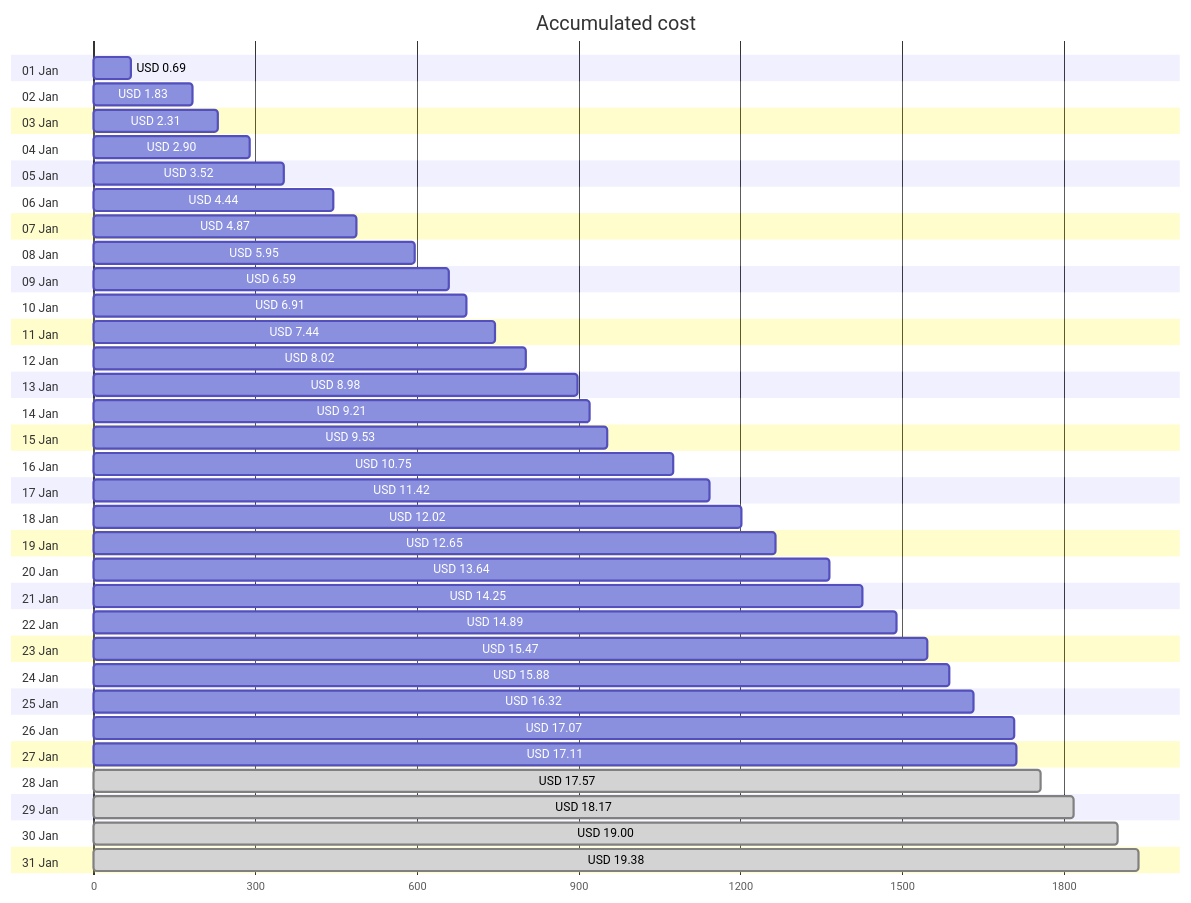
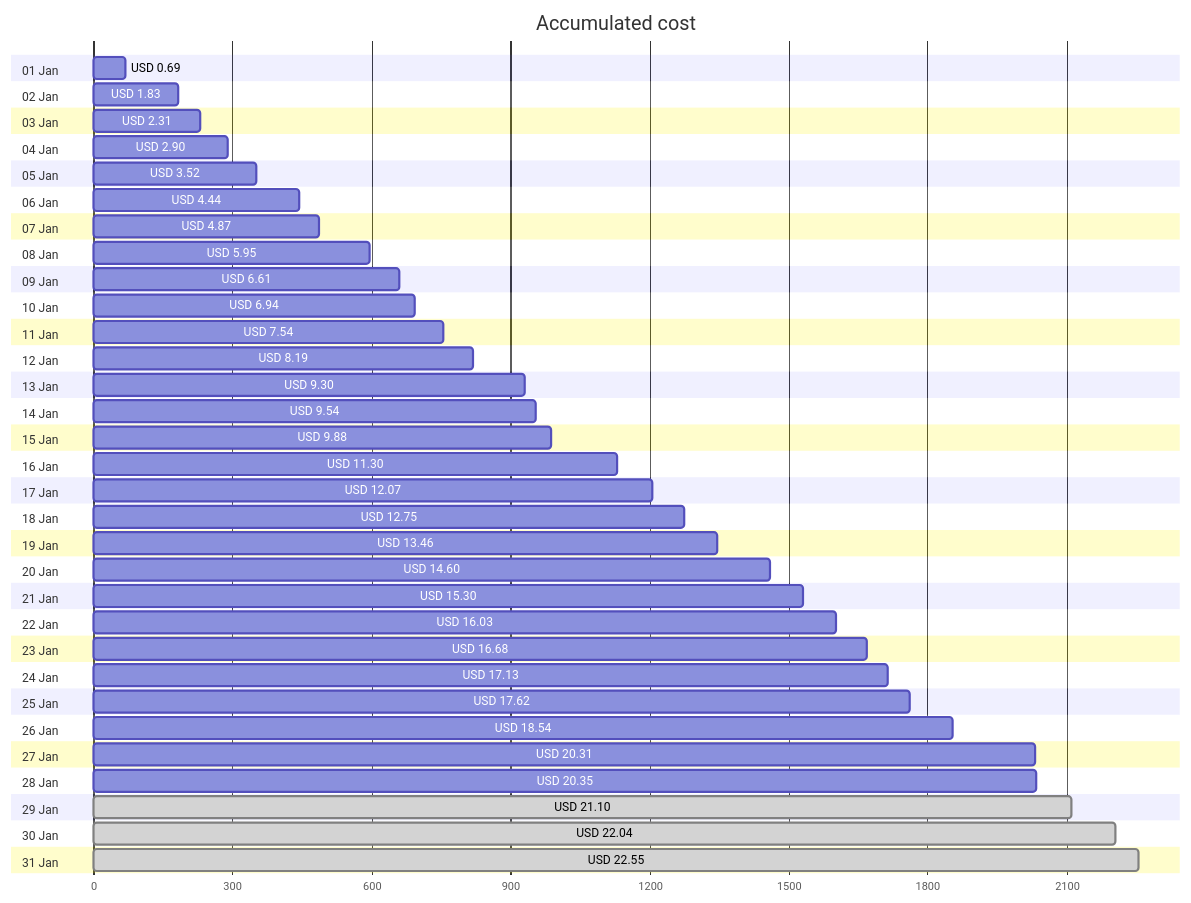
Before and after one commit to jpfulton/azure-personal-reports: the first of 4 diagrams in cost-reports/personal-network/vpn-server.md, drawn with Mermaid. The commit also changed other lines of this file and 8 other files, not shown here.

````diff
--- a/cost-reports/personal-network/vpn-server.md
+++ b/cost-reports/personal-network/vpn-server.md
@@ -20,68 +20,68 @@
 ```mermaid
 gantt
    title Accumulated cost
    dateFormat  X
    axisFormat %s
    section 01 Jan
    USD 0.69 :0, 69
    section 02 Jan
    USD 1.83 :0, 183
    section 03 Jan
    USD 2.31 :0, 231
    section 04 Jan
    USD 2.90 :0, 290
    section 05 Jan
    USD 3.52 :0, 352
    section 06 Jan
    USD 4.44 :0, 444
    section 07 Jan
    USD 4.87 :0, 487
    section 08 Jan
    USD 5.95 :0, 595
    section 09 Jan
-   USD 6.59 :0, 659
+   USD 6.61 :0, 661
    section 10 Jan
-   USD 6.91 :0, 691
+   USD 6.94 :0, 694
    section 11 Jan
-   USD 7.44 :0, 744
+   USD 7.54 :0, 754
    section 12 Jan
-   USD 8.02 :0, 802
+   USD 8.19 :0, 819
    section 13 Jan
-   USD 8.98 :0, 898
+   USD 9.30 :0, 930
    section 14 Jan
-   USD 9.21 :0, 921
+   USD 9.54 :0, 954
    section 15 Jan
-   USD 9.53 :0, 953
+   USD 9.88 :0, 988
    section 16 Jan
-   USD 10.75 :0, 1075
+   USD 11.30 :0, 1130
    section 17 Jan
-   USD 11.42 :0, 1142
+   USD 12.07 :0, 1207
    section 18 Jan
-   USD 12.02 :0, 1202
+   USD 12.75 :0, 1275
    section 19 Jan
-   USD 12.65 :0, 1265
+   USD 13.46 :0, 1346
    section 20 Jan
-   USD 13.64 :0, 1364
+   USD 14.60 :0, 1460
    section 21 Jan
-   USD 14.25 :0, 1425
+   USD 15.30 :0, 1530
    section 22 Jan
-   USD 14.89 :0, 1489
+   USD 16.03 :0, 1603
    section 23 Jan
-   USD 15.47 :0, 1547
+   USD 16.68 :0, 1668
    section 24 Jan
-   USD 15.88 :0, 1588
+   USD 17.13 :0, 1713
    section 25 Jan
-   USD 16.32 :0, 1632
+   USD 17.62 :0, 1762
    section 26 Jan
-   USD 17.07 :0, 1707
+   USD 18.54 :0, 1854
    section 27 Jan
-   USD 17.11 :0, 1711
+   USD 20.31 :0, 2031
    section 28 Jan
-   USD 17.57 : done, 0, 1757
+   USD 20.35 :0, 2035
    section 29 Jan
-   USD 18.17 : done, 0, 1817
+   USD 21.10 : done, 0, 2110
    section 30 Jan
-   USD 19.00 : done, 0, 1900
+   USD 22.04 : done, 0, 2204
    section 31 Jan
-   USD 19.38 : done, 0, 1938
+   USD 22.55 : done, 0, 2255
 ```
````
